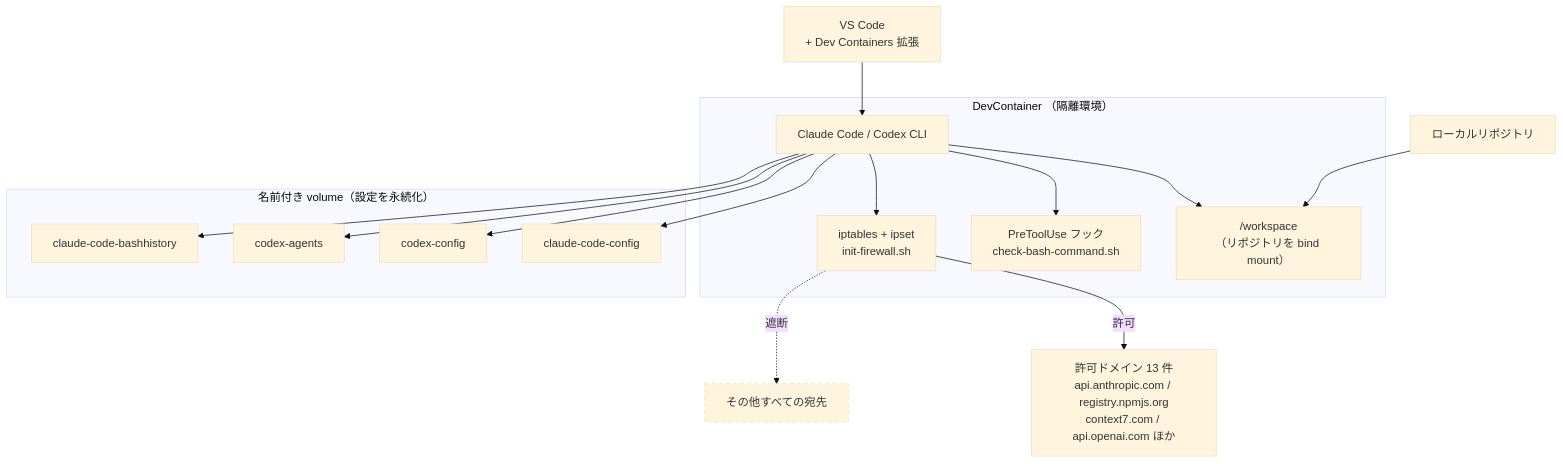
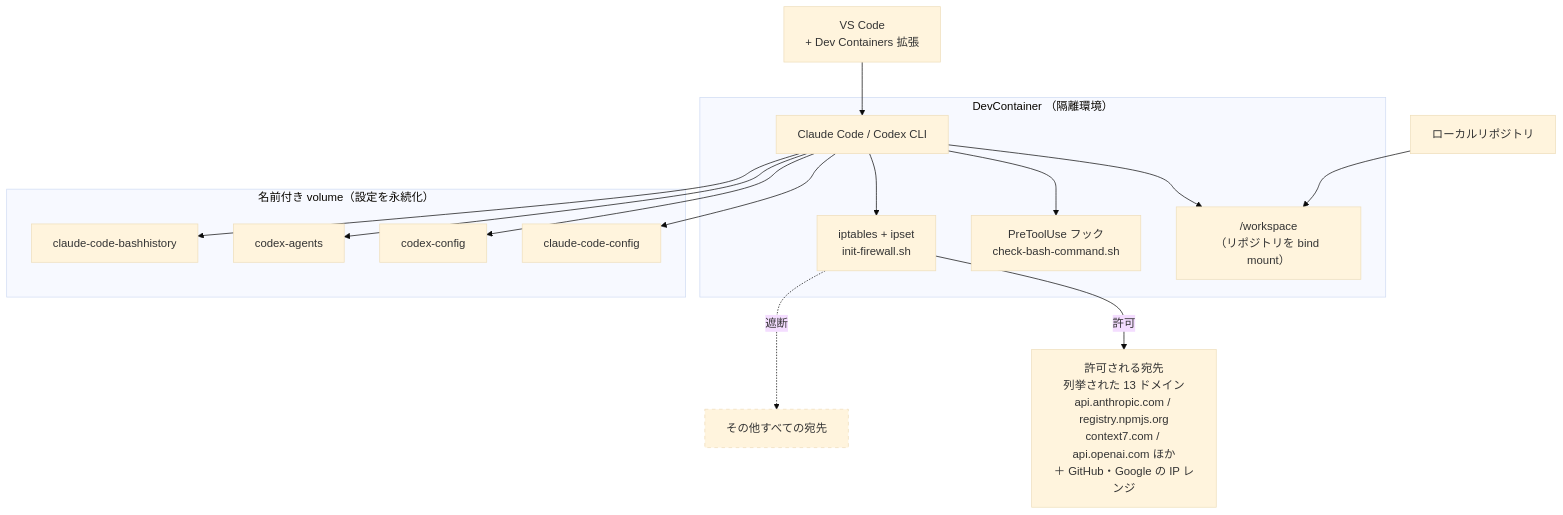
The diagram in docs/slides/diagrams/architecture.mmd (Knu334/reminder-server), drawn with Mermaid (base theme) before and after one commit. The commit also changed 2 other files, not shown here.

Commit message:
docs(slides): fix firewall allowlist description (GitHub/Google are separate from the 13-domain list)
- Slide 4 (Before/After): "許可した 13 ドメインのみ" -> "許可リストの宛先のみ"
- Slide 5 (3 層の防御): GitHub was listed as one of the 13 domains, but
  init-firewall.sh resolves GitHub and Google via dynamic IP-range fetches
  (api.github.com/meta, gstatic.com/ipranges/goog.json), separate from the
  13-item domain loop
- Also fix minor wording for the bash-command hook's allowlist description
  to match check-bash-command.sh's actual regex (bare invocations only)
- architecture.mmd (Task 2 artifact, same factual error) and its rendered
  architecture.svg updated to match

```diff
--- a/docs/slides/diagrams/architecture.mmd
+++ b/docs/slides/diagrams/architecture.mmd
@@ -1,34 +1,34 @@
 flowchart TB
   vscode["VS Code<br/>+ Dev Containers 拡張"]
   repo["ローカルリポジトリ"]
 
   subgraph container["DevContainer （隔離環境）"]
     agent["Claude Code / Codex CLI"]
     ws["/workspace<br/>（リポジトリを bind mount）"]
     hook["PreToolUse フック<br/>check-bash-command.sh"]
     fw["iptables + ipset<br/>init-firewall.sh"]
   end
 
   subgraph vol["名前付き volume（設定を永続化）"]
     v1["claude-code-config"]
     v2["codex-config"]
     v3["codex-agents"]
     v4["claude-code-bashhistory"]
   end
 
-  ok["許可ドメイン 13 件<br/>api.anthropic.com / registry.npmjs.org<br/>context7.com / api.openai.com ほか"]
+  ok["許可される宛先<br/>列挙された 13 ドメイン<br/>api.anthropic.com / registry.npmjs.org<br/>context7.com / api.openai.com ほか<br/>＋ GitHub・Google の IP レンジ"]
   ng["その他すべての宛先"]
 
   vscode --> agent
   repo --> ws
   agent --> ws
   agent --> hook
   agent --> fw
   agent --> v1
   agent --> v2
   agent --> v3
   agent --> v4
   fw -->|許可| ok
   fw -.->|遮断| ng
 
   style ng stroke-dasharray: 5 5
```
